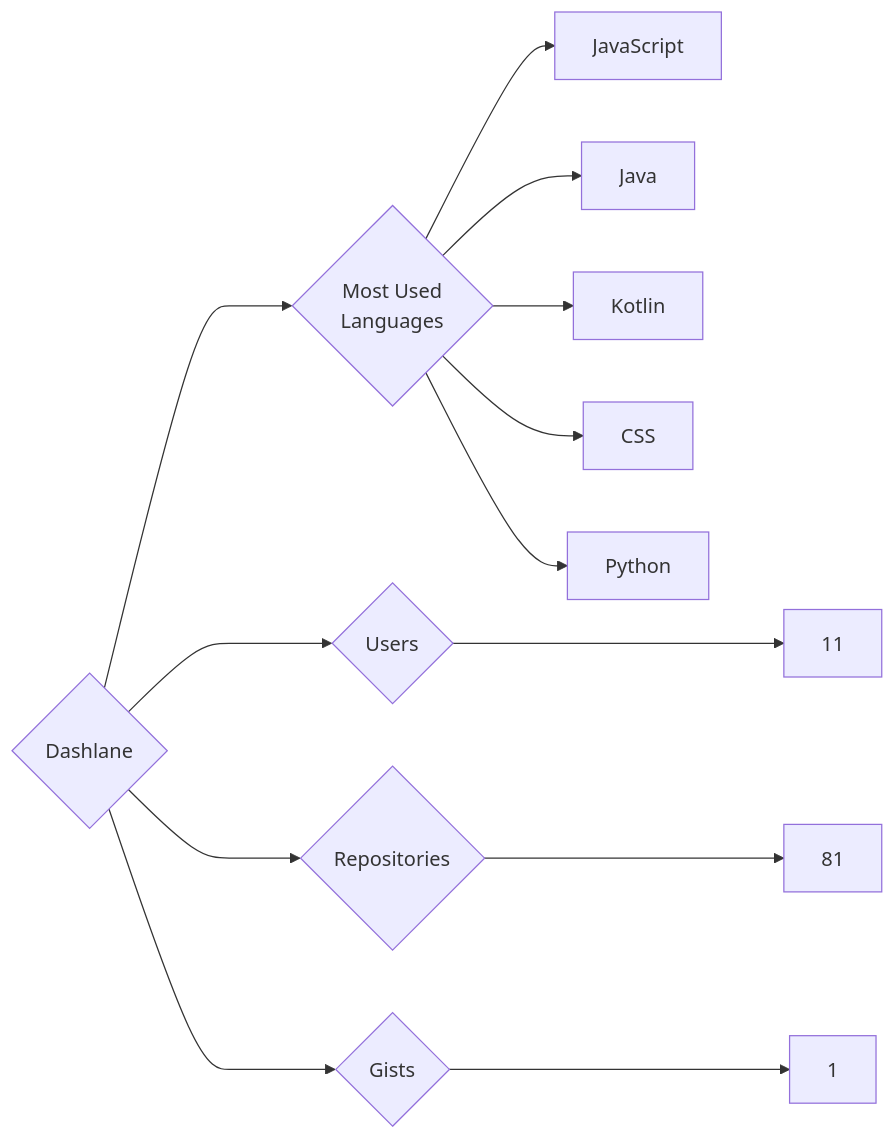
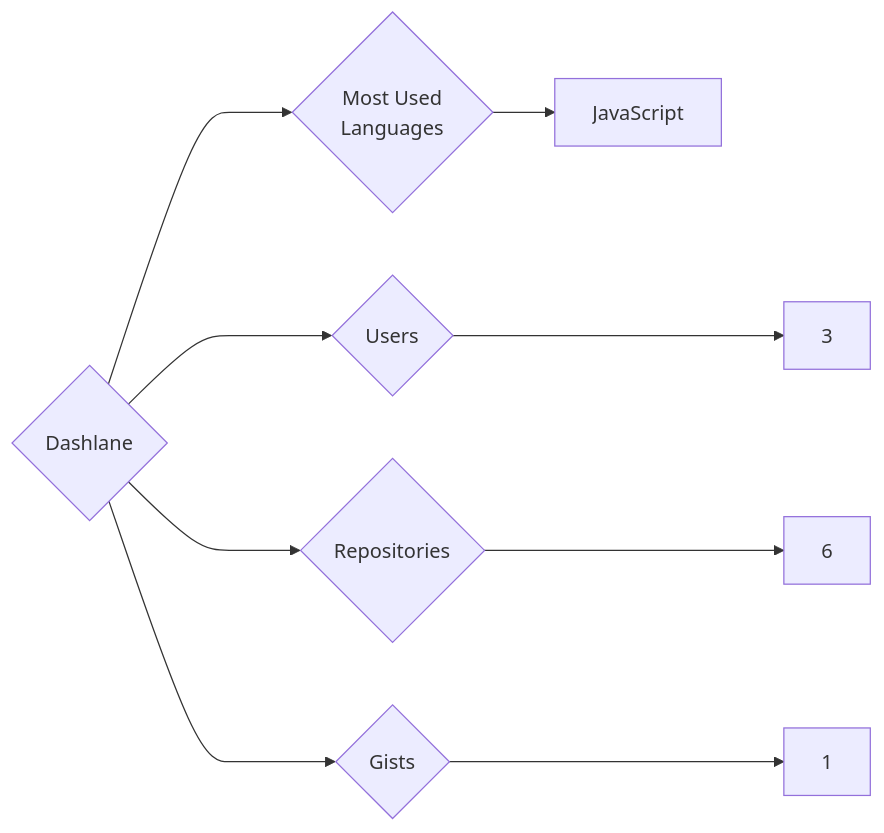
One commit to trickest/insiders changed the diagram in targets/Dashlane/README.md. Above: the diagram before and after it, drawn with Mermaid. The commit also changed 559 other files, not shown here.

````diff
--- a/targets/Dashlane/README.md
+++ b/targets/Dashlane/README.md
@@ -3,13 +3,9 @@
 ```mermaid
 graph LR
 COMPANY_NAME{Dashlane}
-COMPANY_NAME ---> U{Users} ---> UN[11]
-COMPANY_NAME ---> R{Repositories} ---> RN[81]
+COMPANY_NAME ---> U{Users} ---> UN[3]
+COMPANY_NAME ---> R{Repositories} ---> RN[6]
 COMPANY_NAME ---> G{Gists} ---> GN[1]
 COMPANY_NAME ---> ML{Most Used<br>Languages}
 ML --> JavaScript[JavaScript]
-ML --> Java[Java]
-ML --> Kotlin[Kotlin]
-ML --> CSS[CSS]
-ML --> Python[Python]
 ```
````
